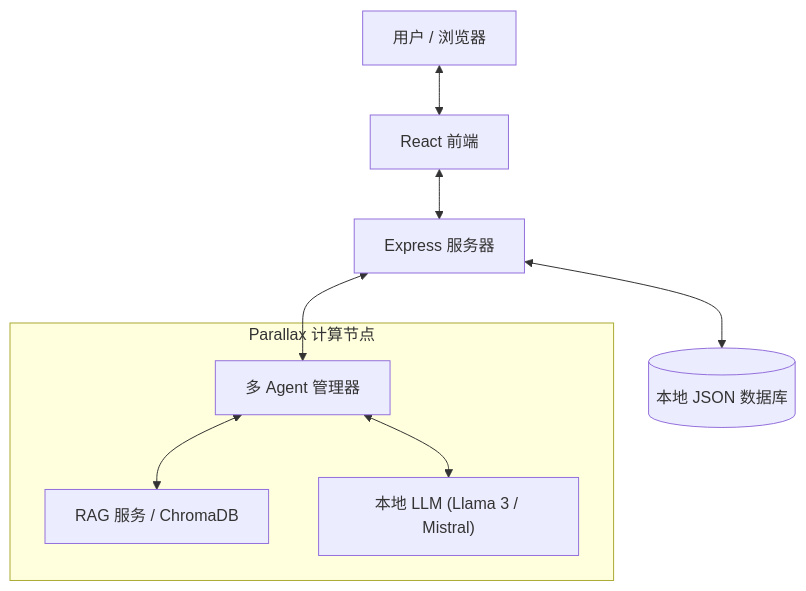
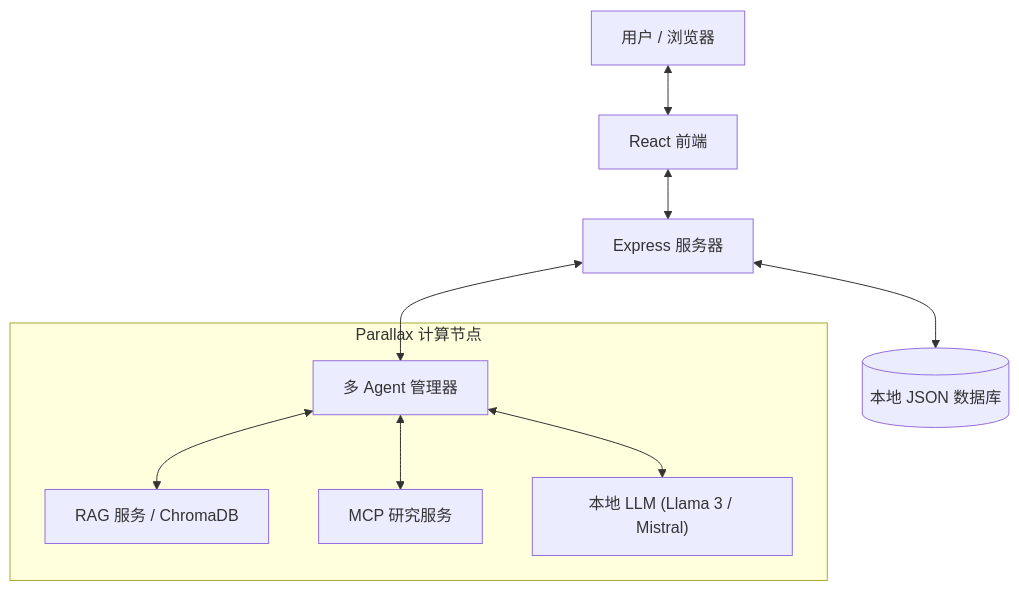
The diagram in README.md (context-labs-ai/gradientflow), drawn with Mermaid before and after one commit. The commit also changed other lines of this file and 3 other files, not shown here.

````diff
--- a/README.md
+++ b/README.md
@@ -55,17 +61,19 @@
 ```mermaid
 graph TD
     User["用户 / 浏览器"] <--> Frontend["React 前端"]
     Frontend <--> Backend["Express 服务器"]
     Backend <--> DB[("本地 JSON 数据库")]
-    
+
     subgraph "Parallax 计算节点"
         AgentMgr["多 Agent 管理器"]
         RAG["RAG 服务 / ChromaDB"]
+        MCP["MCP 研究服务"]
         LLM["本地 LLM (Llama 3 / Mistral)"]
-        
+
         AgentMgr <--> LLM
         AgentMgr <--> RAG
+        AgentMgr <--> MCP
     end
-    
+
     Backend <--> AgentMgr
 ```
````
